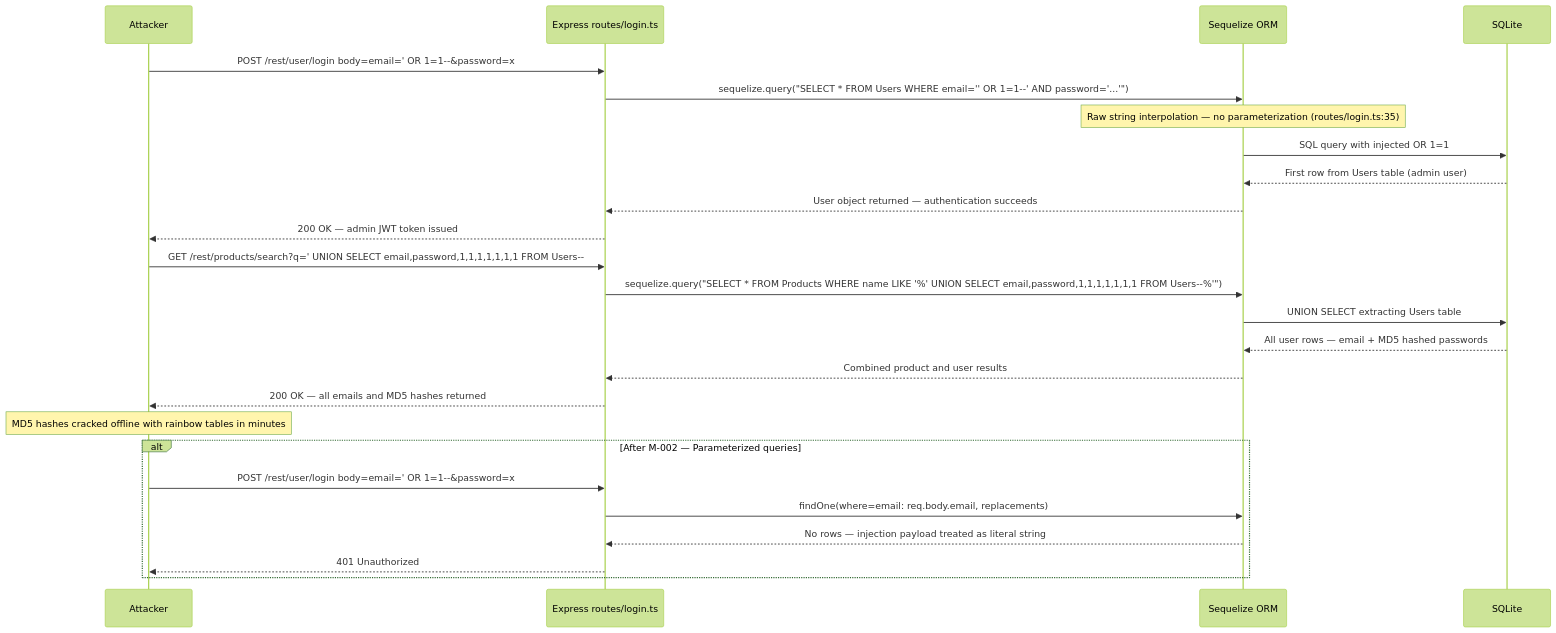
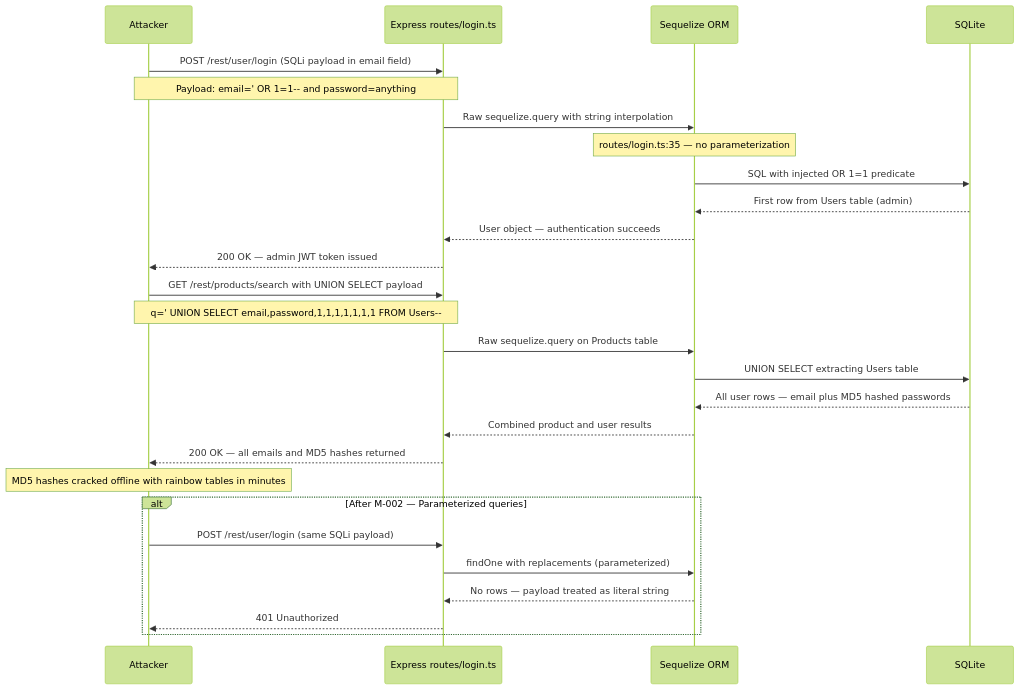
Before and after one commit to appsec-foundry/appsec-advisor: the fifth of 8 diagrams in examples/juice-shop/threatmodel_juice-shop_thorough_sonnet.md, drawn with Mermaid (forest theme). The commit also changed other lines of this file and 5 other files, not shown here.

````diff
--- a/examples/juice-shop/threatmodel_juice-shop_thorough_sonnet.md
+++ b/examples/juice-shop/threatmodel_juice-shop_thorough_sonnet.md
@@ -587,31 +578,33 @@
 ```mermaid
 sequenceDiagram
     participant ATK as Attacker
     participant EXP as Express routes/login.ts
     participant SEQ as Sequelize ORM
     participant DB as SQLite
 
-    ATK->>EXP: POST /rest/user/login body=email=' OR 1=1--&password=x
-    EXP->>SEQ: sequelize.query("SELECT * FROM Users WHERE email='' OR 1=1--' AND password='...'")
-    note over SEQ: Raw string interpolation — no parameterization (routes/login.ts:35)
-    SEQ->>DB: SQL query with injected OR 1=1
-    DB-->>SEQ: First row from Users table (admin user)
-    SEQ-->>EXP: User object returned — authentication succeeds
+    ATK->>EXP: POST /rest/user/login (SQLi payload in email field)
+    Note over ATK,EXP: Payload: email=' OR 1=1-- and password=anything
+    EXP->>SEQ: Raw sequelize.query with string interpolation
+    Note over SEQ: routes/login.ts:35 — no parameterization
+    SEQ->>DB: SQL with injected OR 1=1 predicate
+    DB-->>SEQ: First row from Users table (admin)
+    SEQ-->>EXP: User object — authentication succeeds
     EXP-->>ATK: 200 OK — admin JWT token issued
 
-    ATK->>EXP: GET /rest/products/search?q=' UNION SELECT email,password,1,1,1,1,1,1,1 FROM Users--
-    EXP->>SEQ: sequelize.query("SELECT * FROM Products WHERE name LIKE '%' UNION SELECT email,password,1,1,1,1,1,1,1 FROM Users--%'")
+    ATK->>EXP: GET /rest/products/search with UNION SELECT payload
+    Note over ATK,EXP: q=' UNION SELECT email,password,1,1,1,1,1,1,1 FROM Users--
+    EXP->>SEQ: Raw sequelize.query on Products table
     SEQ->>DB: UNION SELECT extracting Users table
-    DB-->>SEQ: All user rows — email + MD5 hashed passwords
+    DB-->>SEQ: All user rows — email plus MD5 hashed passwords
     SEQ-->>EXP: Combined product and user results
     EXP-->>ATK: 200 OK — all emails and MD5 hashes returned
 
-    note over ATK: MD5 hashes cracked offline with rainbow tables in minutes
+    Note over ATK: MD5 hashes cracked offline with rainbow tables in minutes
 
     alt After M-002 — Parameterized queries
-        ATK->>EXP: POST /rest/user/login body=email=' OR 1=1--&password=x
-        EXP->>SEQ: findOne(where=email: req.body.email, replacements)
-        SEQ-->>EXP: No rows — injection payload treated as literal string
+        ATK->>EXP: POST /rest/user/login (same SQLi payload)
+        EXP->>SEQ: findOne with replacements (parameterized)
+        SEQ-->>EXP: No rows — payload treated as literal string
         EXP-->>ATK: 401 Unauthorized
     end
 ```
````
